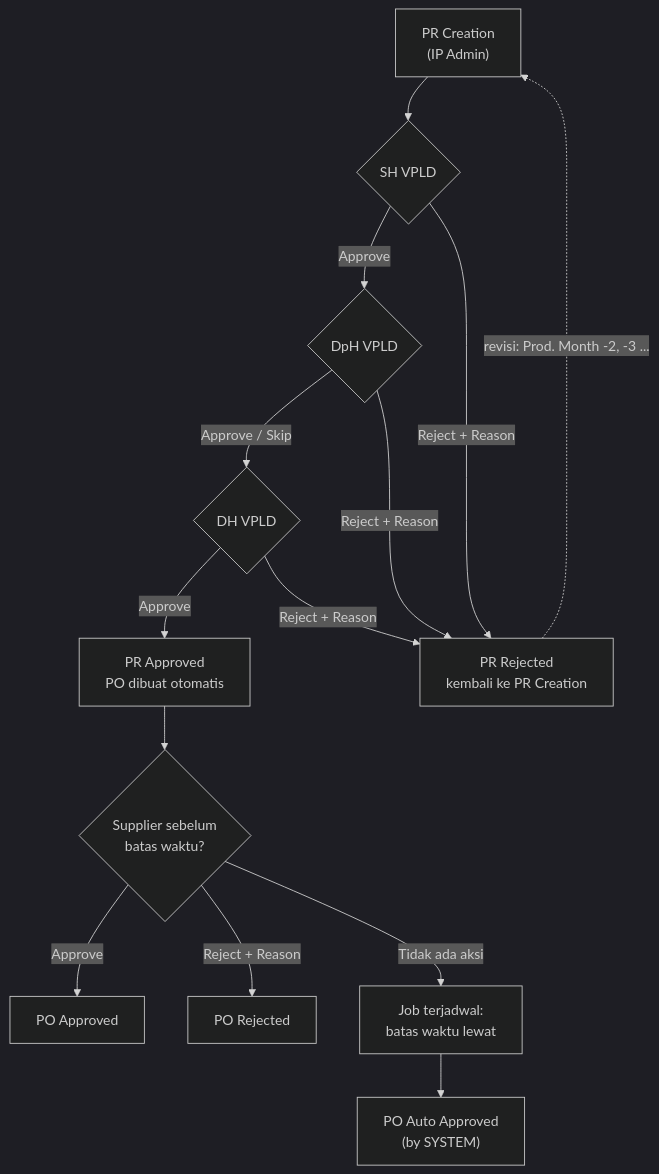
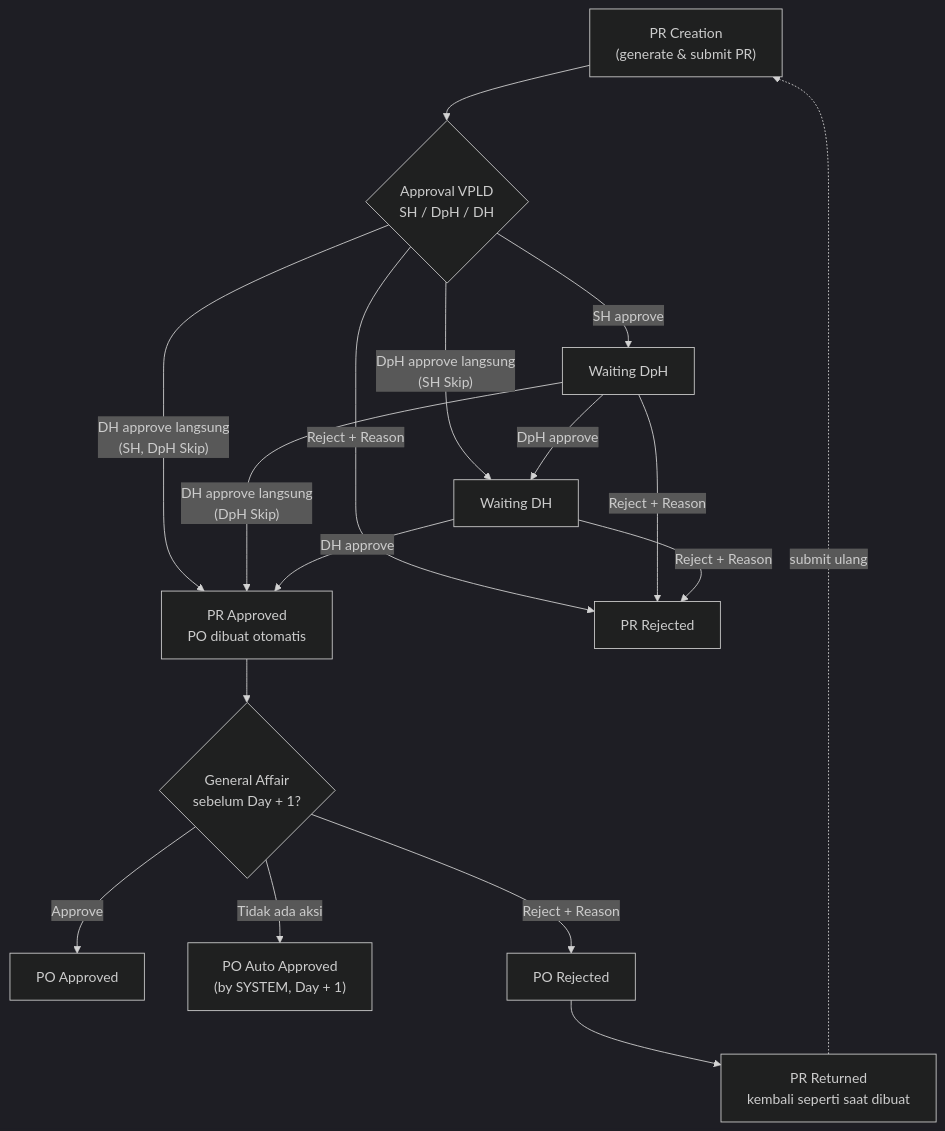
One commit to santo-san/tc-pbr changed the first of 4 diagrams in docs/monthly-pr-po-rules.md. Above: the diagram before and after it, drawn with Mermaid (dark theme). The commit also changed other lines of this file and 3 other files, not shown here.

````diff
--- a/docs/monthly-pr-po-rules.md
+++ b/docs/monthly-pr-po-rules.md
@@ -49,16 +54,19 @@
 ```mermaid
 flowchart TD
-  A["PR Creation<br/>(IP Admin)"] --> B{"SH VPLD"}
-  B -- "Approve" --> C{"DpH VPLD"}
-  B -- "Reject + Reason" --> R["PR Rejected<br/>kembali ke PR Creation"]
-  C -- "Approve / Skip" --> D{"DH VPLD"}
+  A["PR Creation<br/>(generate & submit PR)"] --> B{"Approval VPLD<br/>SH / DpH / DH"}
+  B -- "SH approve" --> C["Waiting DpH"]
+  B -- "DpH approve langsung<br/>(SH Skip)" --> D["Waiting DH"]
+  C -- "DpH approve" --> D
+  B -- "DH approve langsung<br/>(SH, DpH Skip)" --> P
+  C -- "DH approve langsung<br/>(DpH Skip)" --> P
+  D -- "DH approve" --> P["PR Approved<br/>PO dibuat otomatis"]
+  B -- "Reject + Reason" --> R["PR Rejected"]
   C -- "Reject + Reason" --> R
-  D -- "Approve" --> P["PR Approved<br/>PO dibuat otomatis"]
   D -- "Reject + Reason" --> R
-  R -. "revisi: Prod. Month -2, -3 ..." .-> A
-  P --> Q{"Supplier sebelum<br/>batas waktu?"}
+  P --> Q{"General Affair<br/>sebelum Day + 1?"}
   Q -- "Approve" --> PA["PO Approved"]
-  Q -- "Reject + Reason" --> PR2["PO Rejected"]
-  Q -- "Tidak ada aksi" --> J["Job terjadwal:<br/>batas waktu lewat"]
-  J --> AA["PO Auto Approved<br/>(by SYSTEM)"]
+  Q -- "Tidak ada aksi" --> AA["PO Auto Approved<br/>(by SYSTEM, Day + 1)"]
+  Q -- "Reject + Reason" --> PRJ["PO Rejected"]
+  PRJ --> RET["PR Returned<br/>kembali seperti saat dibuat"]
+  RET -. "submit ulang" .-> A
 ```
````
